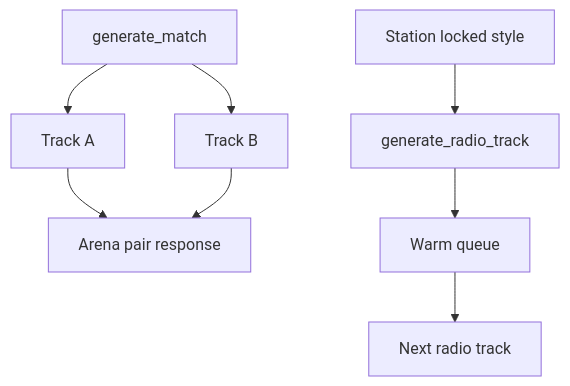
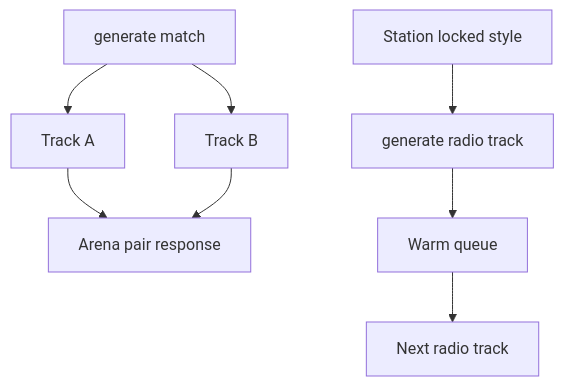
One commit to LuisSanchez/music-arena changed the third of 3 diagrams in docs/how-to.md. Above: the diagram before and after it, drawn with Mermaid. The commit also changed other lines of this file, not shown here.

Commit message:
Simplify Mermaid labels for GitHub rendering

````diff
--- a/docs/how-to.md
+++ b/docs/how-to.md
@@ -96,11 +96,11 @@
 ```mermaid
 graph TD
-  M[generate_match] --> T1[Track A]
+  M[generate match] --> T1[Track A]
   M --> T2[Track B]
   T1 --> P[Arena pair response]
   T2 --> P
 
-  S[Station locked style] --> R[generate_radio_track]
+  S[Station locked style] --> R[generate radio track]
   R --> Q[Warm queue]
   Q --> N[Next radio track]
 ```
````
